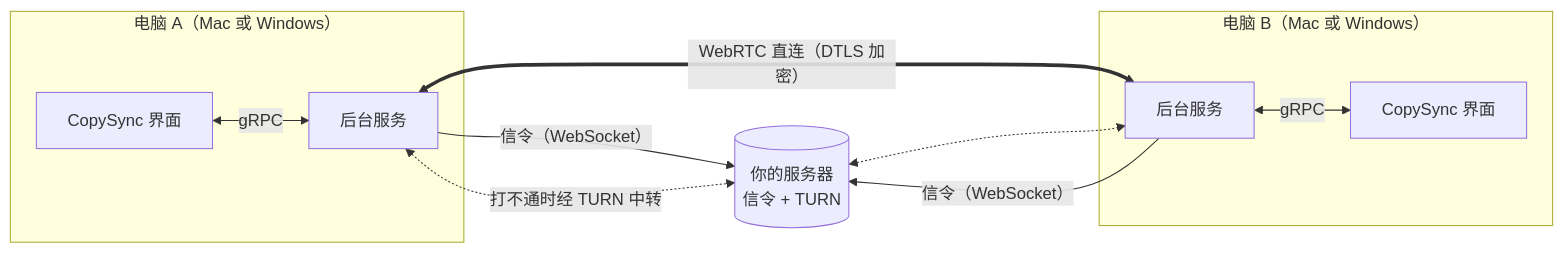
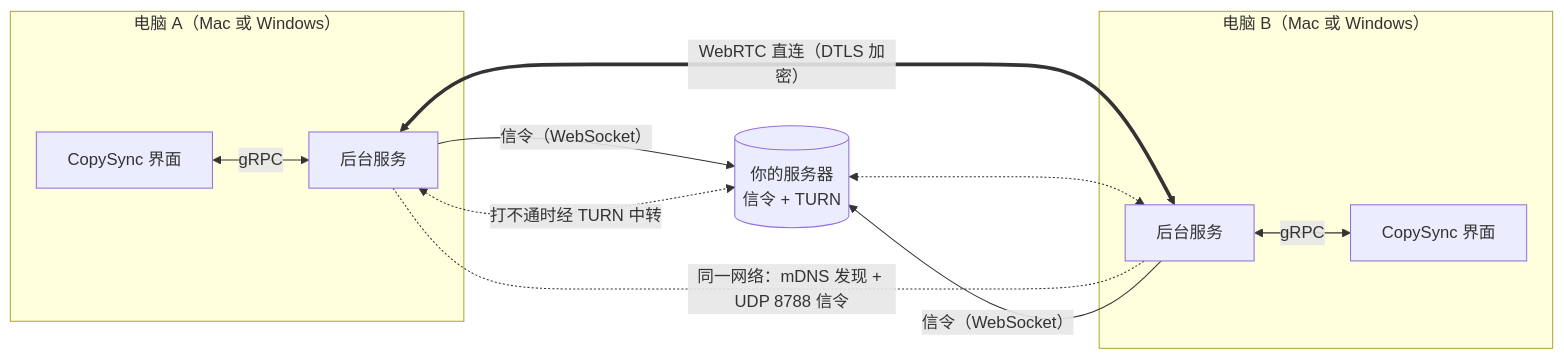
The diagram in guide/how-it-works.zh-CN.md (baiyuze/copysync), drawn with Mermaid before and after one commit. The commit also changed other lines of this file and 11 other files, not shown here.

````diff
--- a/guide/how-it-works.zh-CN.md
+++ b/guide/how-it-works.zh-CN.md
@@ -9,15 +9,16 @@
 ```mermaid
 flowchart LR
     subgraph A["电脑 A（Mac 或 Windows）"]
         UA["CopySync 界面"] <-- "gRPC" --> DA["后台服务"]
     end
     subgraph B["电脑 B（Mac 或 Windows）"]
         DB["后台服务"] <-- "gRPC" --> UB["CopySync 界面"]
     end
     S[("你的服务器\n信令 + TURN")]
     DA -- "信令（WebSocket）" --> S
     DB -- "信令（WebSocket）" --> S
     DA <== "WebRTC 直连（DTLS 加密）" ==> DB
     DA <-. "打不通时经 TURN 中转" .-> S
     S <-.-> DB
+    DA -. "同一网络：mDNS 发现 + UDP 8788 信令" .- DB
 ```
````
